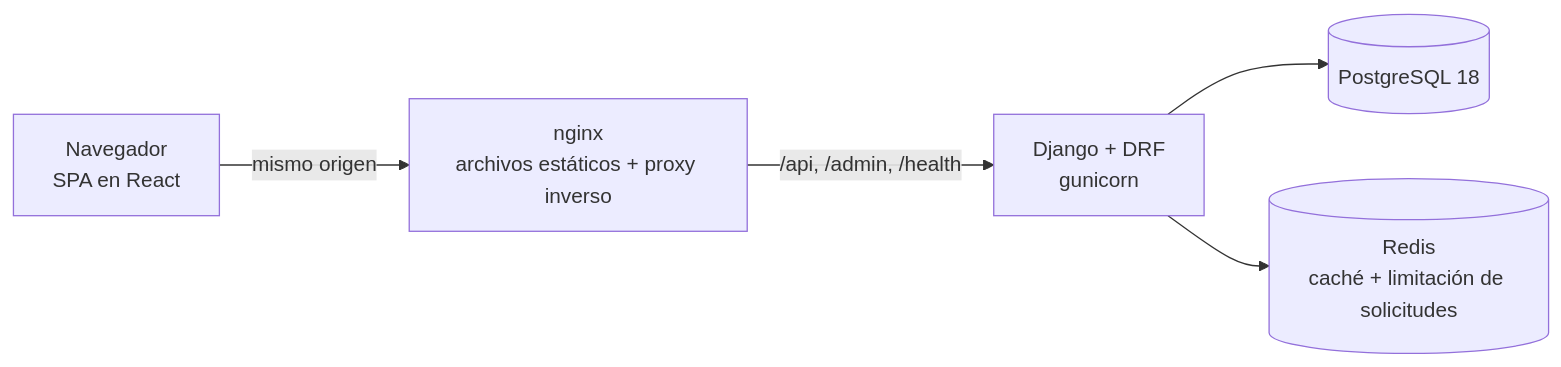
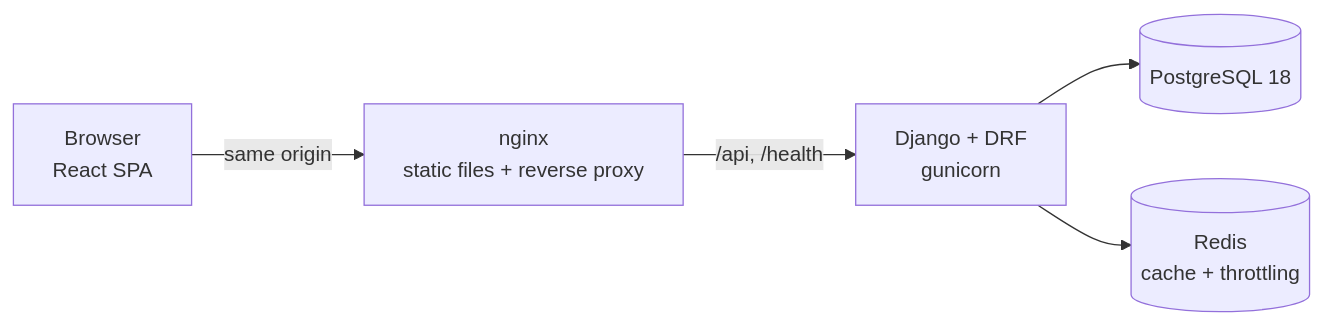
The diagram in README.md (leonardogr15/flowops), drawn with Mermaid before and after one commit. The commit also changed other lines of this file and 3 other files, not shown here.

````diff
--- a/README.md
+++ b/README.md
@@ -20,7 +28,7 @@
 ```mermaid
 flowchart LR
-    B[Navegador<br/>SPA en React] -->|mismo origen| N[nginx<br/>archivos estáticos + proxy inverso]
-    N -->|/api, /admin, /health| A[Django + DRF<br/>gunicorn]
+    B[Browser<br/>React SPA] -->|same origin| N[nginx<br/>static files + reverse proxy]
+    N -->|/api, /health| A[Django + DRF<br/>gunicorn]
     A --> P[(PostgreSQL 18)]
-    A --> R[(Redis<br/>caché + limitación de solicitudes)]
+    A --> R[(Redis<br/>cache + throttling)]
 ```
````
